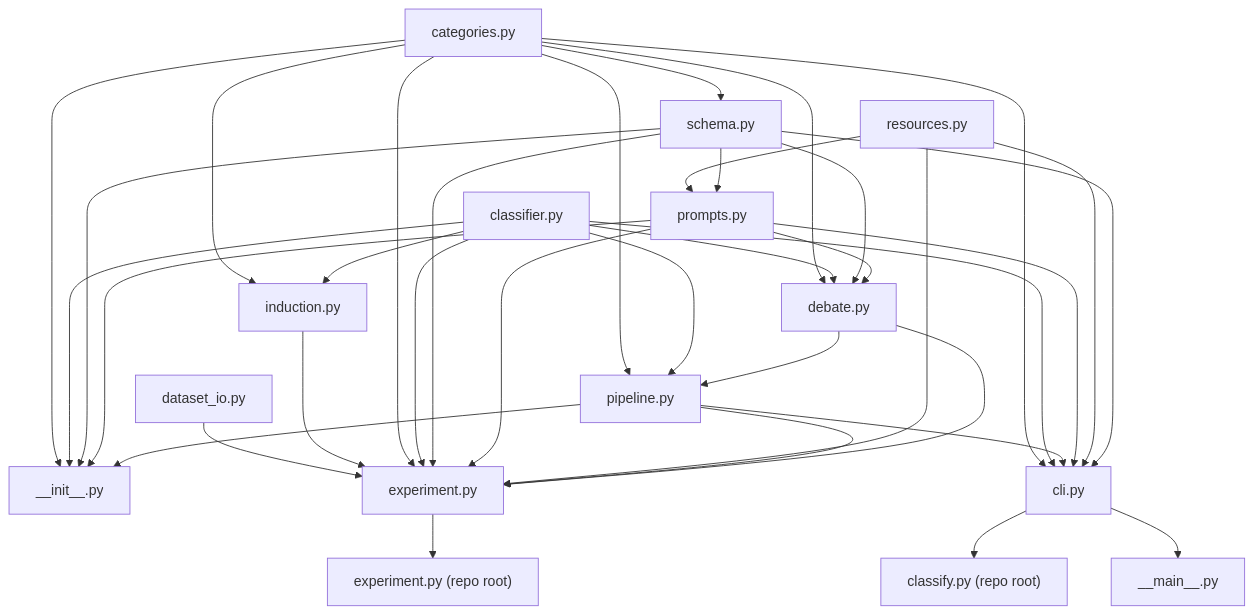
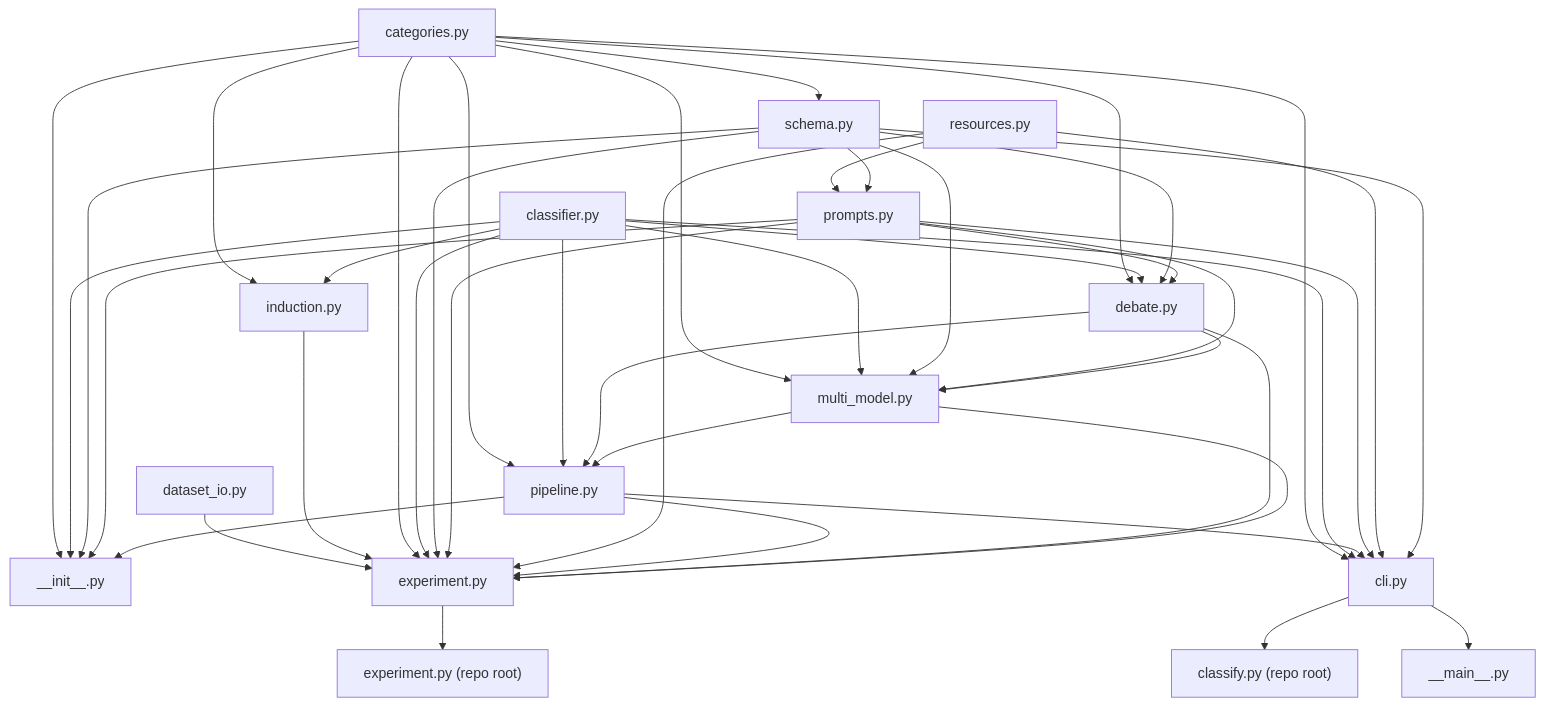
The diagram in spec/ARCHITECTURE.md (bastianellie/ds-query-classification), drawn with Mermaid before and after one commit. The commit also changed other lines of this file and 3 other files, not shown here.

First line of the commit message:
feat: add multi_model.py orchestration module + its ADR (spec 4 Task 1)

````diff
--- a/spec/ARCHITECTURE.md
+++ b/spec/ARCHITECTURE.md
@@ -18,38 +18,45 @@
 ```mermaid
 graph TD
     categories[categories.py] --> schema[schema.py]
     categories --> pipeline[pipeline.py]
     categories --> init["__init__.py"]
     categories --> debate[debate.py]
     classifier[classifier.py] --> pipeline
     classifier --> init
     classifier --> debate
     resources[resources.py] --> prompts[prompts.py]
     schema --> prompts
     schema --> init
     schema --> debate
     prompts --> init
     prompts --> debate
+    categories --> multi_model[multi_model.py]
+    classifier --> multi_model
+    schema --> multi_model
+    prompts --> multi_model
+    debate --> multi_model
     debate --> pipeline
+    multi_model --> pipeline
     pipeline --> init
     categories --> cli[cli.py]
     classifier --> cli
     pipeline --> cli
     prompts --> cli
     resources --> cli
     schema --> cli
     cli --> main["__main__.py"]
     cli --> classify_py["classify.py (repo root)"]
     categories --> induction[induction.py]
     classifier --> induction
     dataset_io[dataset_io.py] --> experiment[experiment.py]
     induction --> experiment
     categories --> experiment
     classifier --> experiment
     schema --> experiment
     prompts --> experiment
     resources --> experiment
     pipeline --> experiment
     debate --> experiment
+    multi_model --> experiment
     experiment --> experiment_py["experiment.py (repo root)"]
 ```
````
